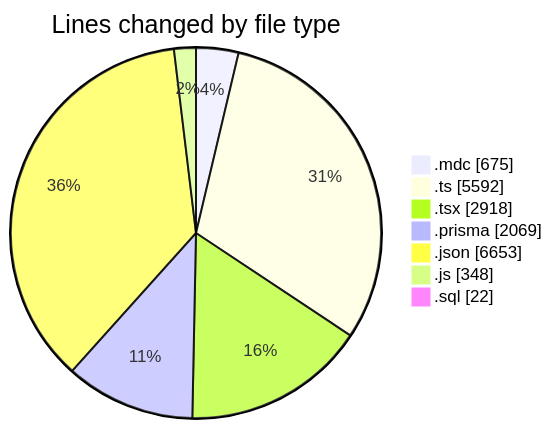
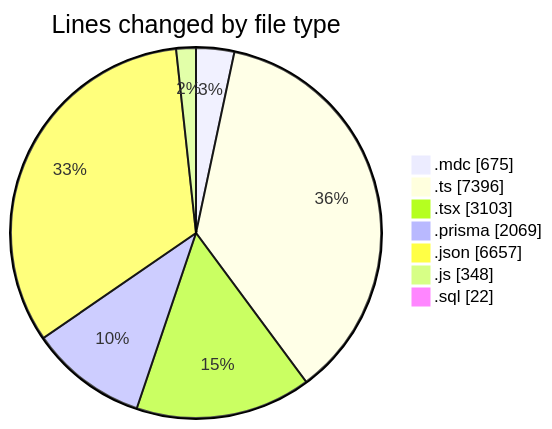
One commit to CELIANVF/code-tracking changed the first of 2 diagrams in 2025-06-05/ecodeli-1/README.md. Above: the diagram before and after it, drawn with Mermaid. The commit also changed other lines of this file and 1 other file, not shown here.

````diff
--- a/2025-06-05/ecodeli-1/README.md
+++ b/2025-06-05/ecodeli-1/README.md
@@ -56,11 +58,11 @@
 ```mermaid
 pie showData
 title Lines changed by file type
 ".mdc" : 675
-".ts" : 5592
-".tsx" : 2918
+".ts" : 7396
+".tsx" : 3103
 ".prisma" : 2069
-".json" : 6653
+".json" : 6657
 ".js" : 348
 ".sql" : 22
 ```
````
